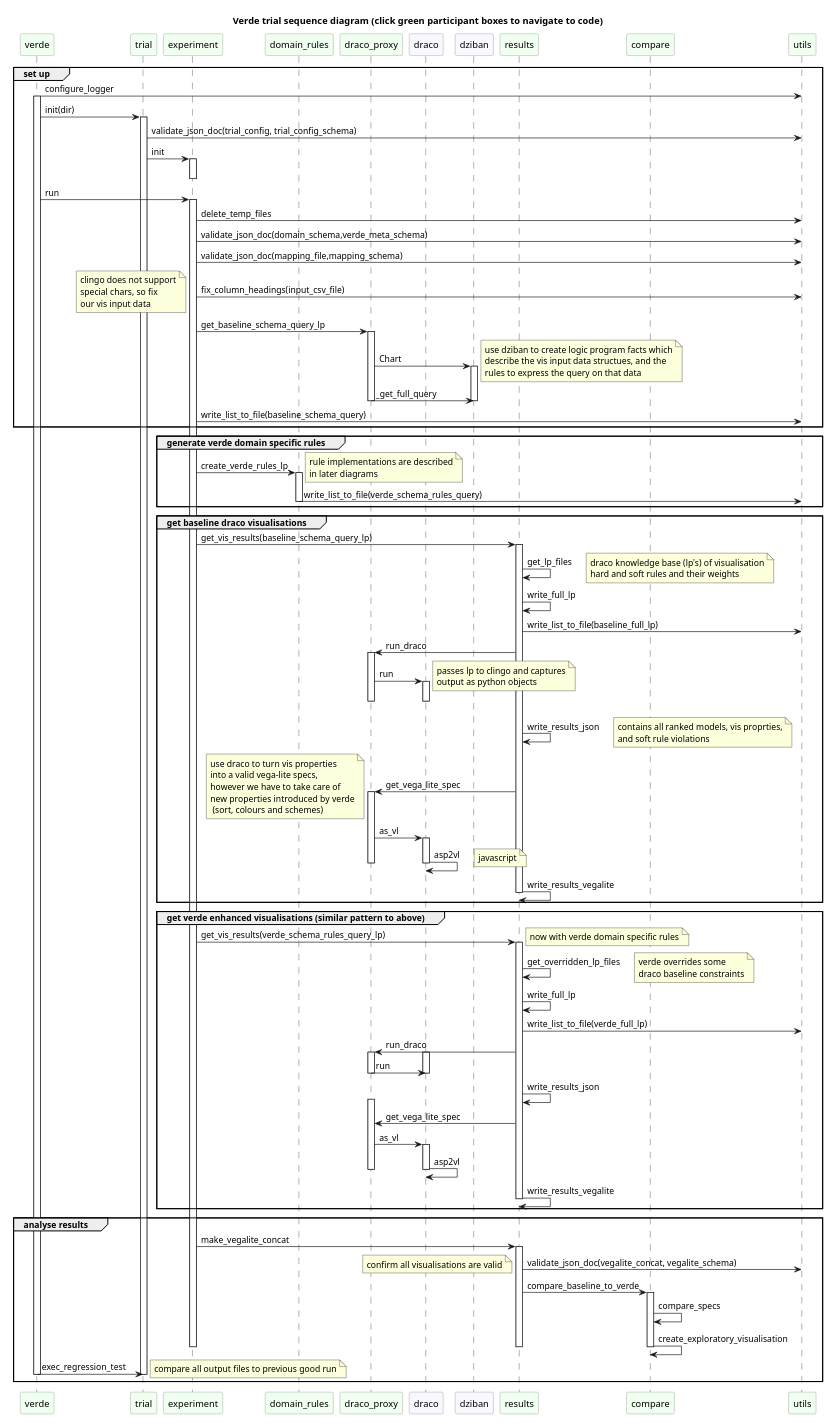
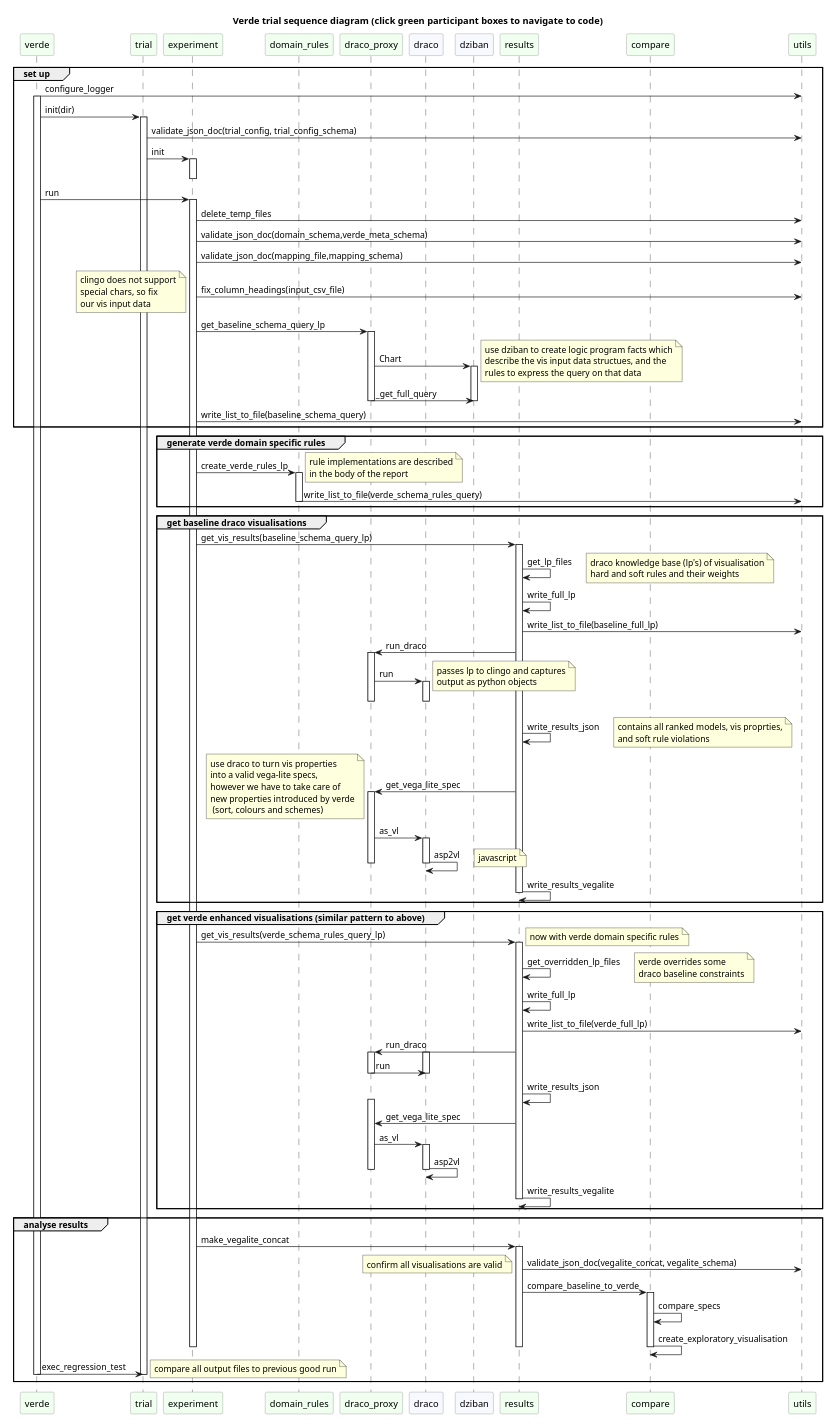
Before and after one commit to trubens71/verde: the diagram in docs/uml/framework_sequence_interactive.puml, drawn with PlantUML. The commit also changed 4 other files, not shown here.

Commit message:
sequence tweak

```diff
--- a/docs/uml/framework_sequence_interactive.puml
+++ b/docs/uml/framework_sequence_interactive.puml
@@ -1,164 +1,164 @@
 @startuml
 scale 0.5
 skinparam shadowing false
 skinparam ParticipantBorderColor gray
 
 title Verde trial sequence diagram (click green participant boxes to navigate to code)
 
 participant verde [[https://github.com/trubens71/verde/blob/master/scripts/verde.py]] #Honeydew
 participant trial [[https://github.com/trubens71/verde/blob/master/src/trial.py]] #Honeydew
 participant experiment [[https://github.com/trubens71/verde/blob/master/src/experiment.py]] #Honeydew
 participant domain_rules [[https://github.com/trubens71/verde/blob/master/src/domain_rules.py]] #Honeydew
 participant draco_proxy [[https://github.com/trubens71/verde/blob/master/src/draco_proxy.py]] #Honeydew
 participant draco [[https://github.com/uwdata/draco]] #GhostWhite
 participant dziban [[https://github.com/uwdata/dziban]] #GhostWhite
 participant results [[https://github.com/trubens71/verde/blob/master/src/results.py]] #Honeydew
 participant compare [[https://github.com/trubens71/verde/blob/master/src/compare.py]] #Honeydew
 participant utils [[https://github.com/trubens71/verde/blob/master/src/utils.py]] #Honeydew
 
 group set up
 verde->utils [[https://github.com/trubens71/verde/blob/e3e62bc0e99533f67f17d23f406d6f08fca4a210/src/utils.py#L186]] : configure_logger
 activate verde
 verde->trial: init(dir)
 activate trial
 trial->utils: validate_json_doc(trial_config, trial_config_schema)
 trial->experiment: init
 activate experiment
 deactivate experiment
 verde->experiment: run
 activate experiment
 experiment->utils: delete_temp_files
 experiment->utils: validate_json_doc(domain_schema,verde_meta_schema)
 experiment->utils: validate_json_doc(mapping_file,mapping_schema)
 experiment->utils: fix_column_headings(input_csv_file)
 note left
 clingo does not support
 special chars, so fix
 our vis input data
 end note
 experiment->draco_proxy: get_baseline_schema_query_lp
 activate draco_proxy
 draco_proxy->dziban: Chart
 note right
 use dziban to create logic program facts which
 describe the vis input data structues, and the
 rules to express the query on that data
 endnote
 activate dziban
 draco_proxy->dziban: _get_full_query
 deactivate dziban
 deactivate draco_proxy
 experiment->utils: write_list_to_file(baseline_schema_query)
 end
 
 
 group generate verde domain specific rules
 experiment->domain_rules: create_verde_rules_lp
 activate domain_rules
 note right
 rule implementations are described
-in later diagrams
+in the body of the report
 end note
 domain_rules->utils: write_list_to_file(verde_schema_rules_query)
 deactivate domain_rules
 end
 
 activate experiment
 
 group get baseline draco visualisations
 experiment->results: get_vis_results(baseline_schema_query_lp)
 activate results
 results->results: get_lp_files
 note right
 draco knowledge base (lp's) of visualisation
 hard and soft rules and their weights
 end note
 results->results: write_full_lp
 results->utils: write_list_to_file(baseline_full_lp)
 results->draco_proxy: run_draco
 activate draco_proxy
 draco_proxy->draco: run
 activate draco
 note right
 passes lp to clingo and captures
 output as python objects
 end note
 deactivate draco
 deactivate draco_proxy
 results->results: write_results_json
 note right
 contains all ranked models, vis proprties,
 and soft rule violations
 end note
 results->draco_proxy: get_vega_lite_spec
 note left
 use draco to turn vis properties
 into a valid vega-lite specs,
 however we have to take care of
 new properties introduced by verde
  (sort, colours and schemes)
 end note
 activate draco_proxy
 draco_proxy->draco: as_vl
 activate draco
 draco->draco: asp2vl
 note right
 javascript
 end note
 deactivate draco
 deactivate draco_proxy
 results->results: write_results_vegalite
 deactivate results
 end
 
 
 group get verde enhanced visualisations (similar pattern to above)
 experiment->results: get_vis_results(verde_schema_rules_query_lp)
 activate results
 note right: now with verde domain specific rules
 results->results: get_overridden_lp_files
 note right
 verde overrides some
 draco baseline constraints
 end note
 results->results: write_full_lp
 results->utils: write_list_to_file(verde_full_lp)
 results->draco_proxy: run_draco
 activate draco_proxy
 activate draco
 draco_proxy->draco: run
 deactivate draco
 deactivate draco_proxy
 results->results: write_results_json
 activate draco_proxy
 results->draco_proxy: get_vega_lite_spec
 draco_proxy->draco: as_vl
 activate draco
 draco->draco: asp2vl
 deactivate draco
 deactivate draco_proxy
 results->results: write_results_vegalite
 deactivate results
 end
 
 group analyse results
 experiment->results: make_vegalite_concat
 activate results
 results->utils: validate_json_doc(vegalite_concat, vegalite_schema)
 note left
 confirm all visualisations are valid
 end note
 results->compare: compare_baseline_to_verde
 activate compare
 compare->compare: compare_specs
 compare->compare: create_exploratory_visualisation
 deactivate compare
 deactivate results
 deactivate experiment
 verde->trial: exec_regression_test
 deactivate trial
 note right: compare all output files to previous good run
 deactivate verde
 end
 
 @enduml
```
